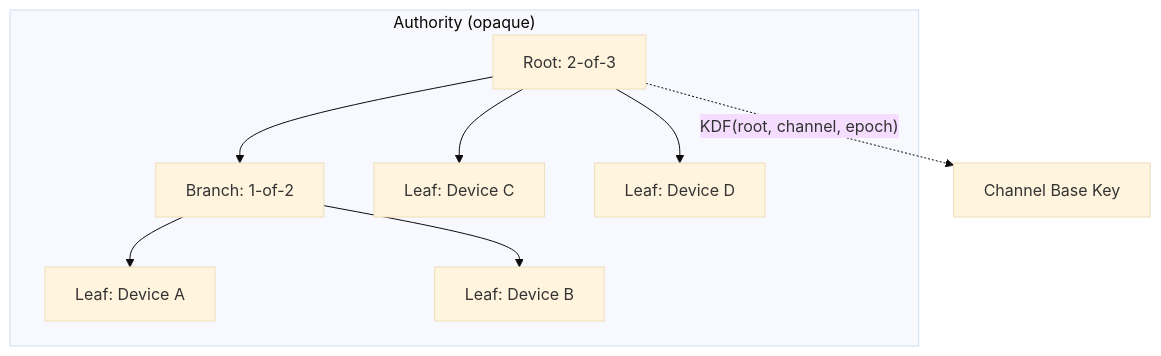
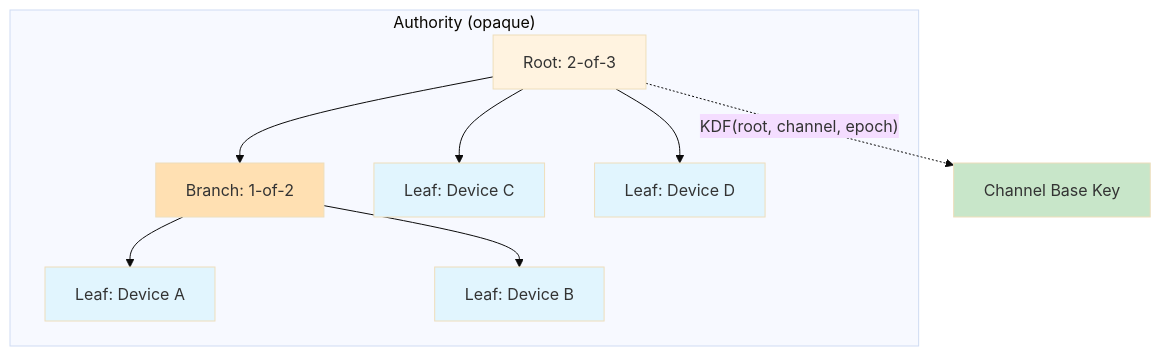
Before and after one commit to hxrts/weboftru.st: the first of 2 diagrams in content/post/02-recoverable-ratchets.md, drawn with Mermaid (base theme). The commit also changed 12 other files, not shown here.

````diff
--- a/content/post/02-recoverable-ratchets.md
+++ b/content/post/02-recoverable-ratchets.md
@@ -65,12 +65,19 @@
 ```mermaid
 graph TD
     subgraph "Authority (opaque)"
         R[Root: 2-of-3]
         R --> B1[Branch: 1-of-2]
         R --> L3[Leaf: Device C]
         R --> L4[Leaf: Device D]
         B1 --> L1[Leaf: Device A]
         B1 --> L2[Leaf: Device B]
+        style R fill:#fff3e0
+        style B1 fill:#ffe0b2
+        style L1 fill:#e1f5fe
+        style L2 fill:#e1f5fe
+        style L3 fill:#e1f5fe
+        style L4 fill:#e1f5fe
     end
     R -.->|"KDF(root, channel, epoch)"| K[Channel Base Key]
+    style K fill:#c8e6c9
 ```
````
